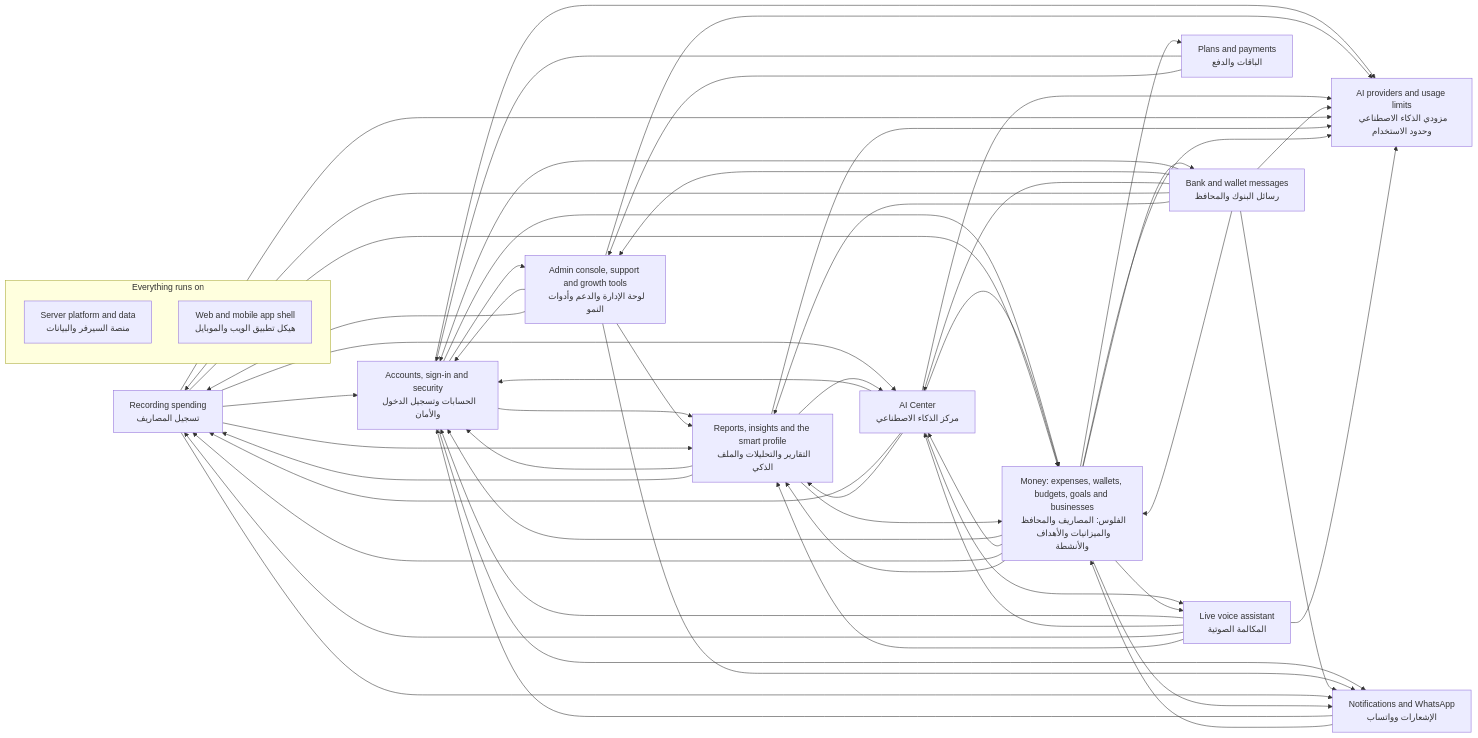
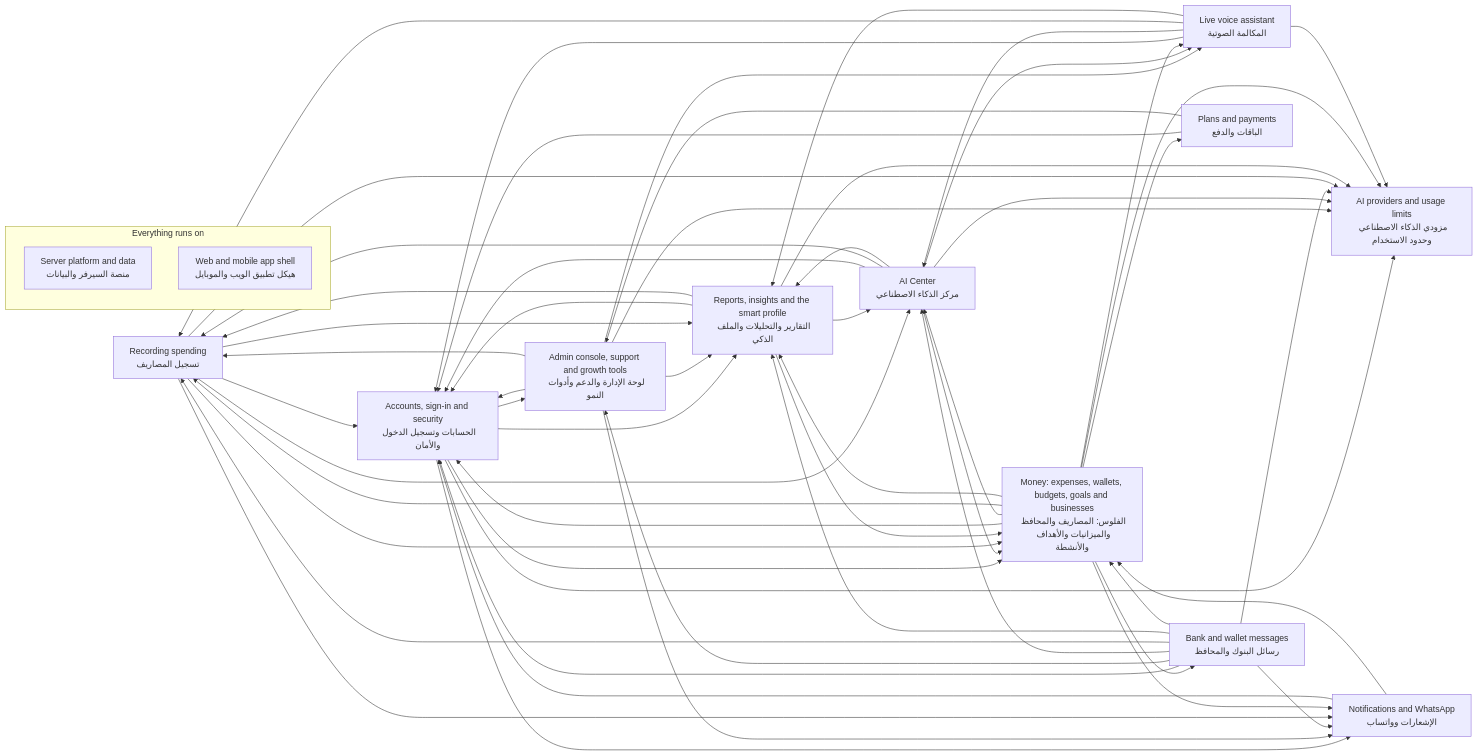
One commit to mahmoudtaherr111/smartspend_mini_all changed the diagram in docs/atlas/systems/README.md. Above: the diagram before and after it, drawn with Mermaid. The commit also changed other lines of this file and 29 other files, not shown here.

First line of the commit message:
feat(admin): the rebuilt call's rollout, models, cost caps and calls dashboard

````diff
--- a/docs/atlas/systems/README.md
+++ b/docs/atlas/systems/README.md
@@ -15,71 +15,72 @@
 ```mermaid
 flowchart LR
   sys_expense_capture["Recording spending<br/>تسجيل المصاريف"]
   sys_bank_messages["Bank and wallet messages<br/>رسائل البنوك والمحافظ"]
   sys_voice_calls["Live voice assistant<br/>المكالمة الصوتية"]
   sys_ai_center["AI Center<br/>مركز الذكاء الاصطناعي"]
   sys_insights["Reports, insights and the smart profile<br/>التقارير والتحليلات والملف الذكي"]
   sys_money["Money: expenses, wallets, budgets, goals and businesses<br/>الفلوس: المصاريف والمحافظ والميزانيات والأهداف والأنشطة"]
   sys_accounts["Accounts, sign-in and security<br/>الحسابات وتسجيل الدخول والأمان"]
   sys_billing["Plans and payments<br/>الباقات والدفع"]
   sys_notifications["Notifications and WhatsApp<br/>الإشعارات وواتساب"]
   sys_admin["Admin console, support and growth tools<br/>لوحة الإدارة والدعم وأدوات النمو"]
   sys_ai_platform["AI providers and usage limits<br/>مزودي الذكاء الاصطناعي وحدود الاستخدام"]
   subgraph g_foundation["Everything runs on"]
     sys_platform["Server platform and data<br/>منصة السيرفر والبيانات"]
     sys_web_app["Web and mobile app shell<br/>هيكل تطبيق الويب والموبايل"]
   end
   sys_accounts --> sys_admin
   sys_accounts --> sys_ai_platform
   sys_accounts --> sys_insights
   sys_accounts --> sys_money
   sys_accounts --> sys_notifications
   sys_admin --> sys_accounts
   sys_admin --> sys_ai_platform
   sys_admin --> sys_expense_capture
   sys_admin --> sys_insights
   sys_admin --> sys_notifications
+  sys_admin --> sys_voice_calls
   sys_ai_center --> sys_accounts
   sys_ai_center --> sys_ai_platform
   sys_ai_center --> sys_expense_capture
   sys_ai_center --> sys_insights
   sys_ai_center --> sys_money
   sys_ai_center --> sys_voice_calls
   sys_bank_messages --> sys_accounts
   sys_bank_messages --> sys_admin
   sys_bank_messages --> sys_ai_center
   sys_bank_messages --> sys_ai_platform
   sys_bank_messages --> sys_expense_capture
   sys_bank_messages --> sys_insights
   sys_bank_messages --> sys_money
   sys_bank_messages --> sys_notifications
   sys_billing --> sys_accounts
   sys_billing --> sys_admin
   sys_expense_capture --> sys_accounts
   sys_expense_capture --> sys_ai_center
   sys_expense_capture --> sys_ai_platform
   sys_expense_capture --> sys_insights
   sys_expense_capture --> sys_money
   sys_expense_capture --> sys_notifications
   sys_insights --> sys_accounts
   sys_insights --> sys_ai_center
   sys_insights --> sys_ai_platform
   sys_insights --> sys_expense_capture
   sys_insights --> sys_money
   sys_money --> sys_accounts
   sys_money --> sys_ai_center
   sys_money --> sys_ai_platform
   sys_money --> sys_bank_messages
   sys_money --> sys_billing
   sys_money --> sys_expense_capture
   sys_money --> sys_insights
   sys_money --> sys_notifications
   sys_money --> sys_voice_calls
   sys_notifications --> sys_accounts
   sys_notifications --> sys_money
   sys_voice_calls --> sys_accounts
   sys_voice_calls --> sys_ai_center
   sys_voice_calls --> sys_ai_platform
   sys_voice_calls --> sys_expense_capture
   sys_voice_calls --> sys_insights
 ```
````
